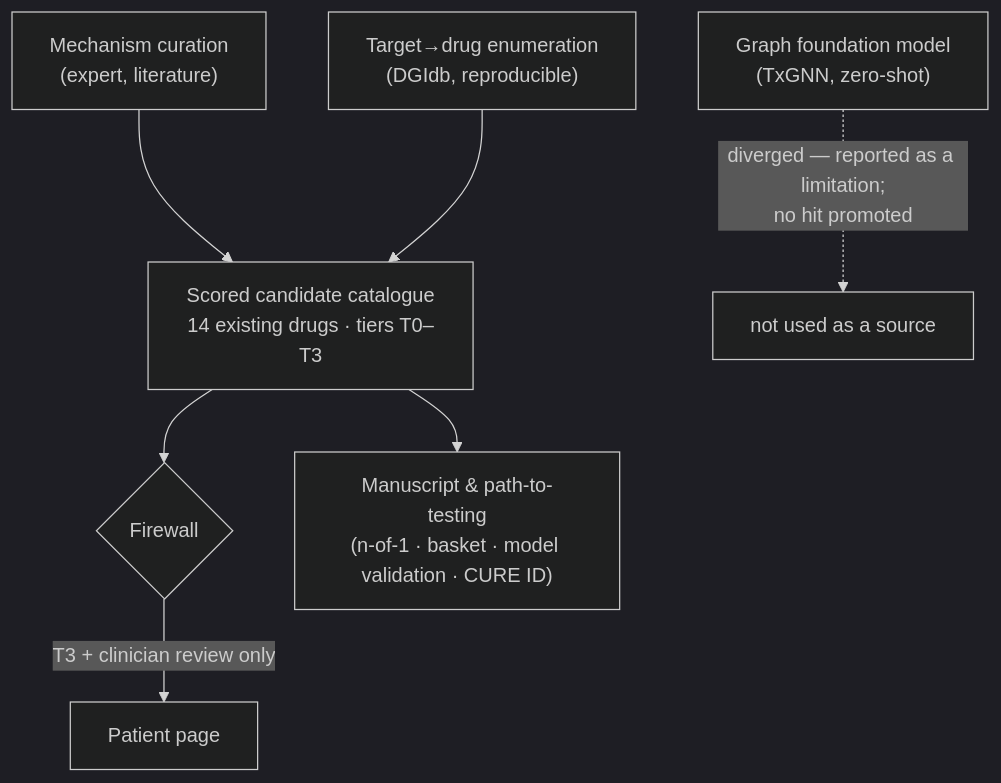
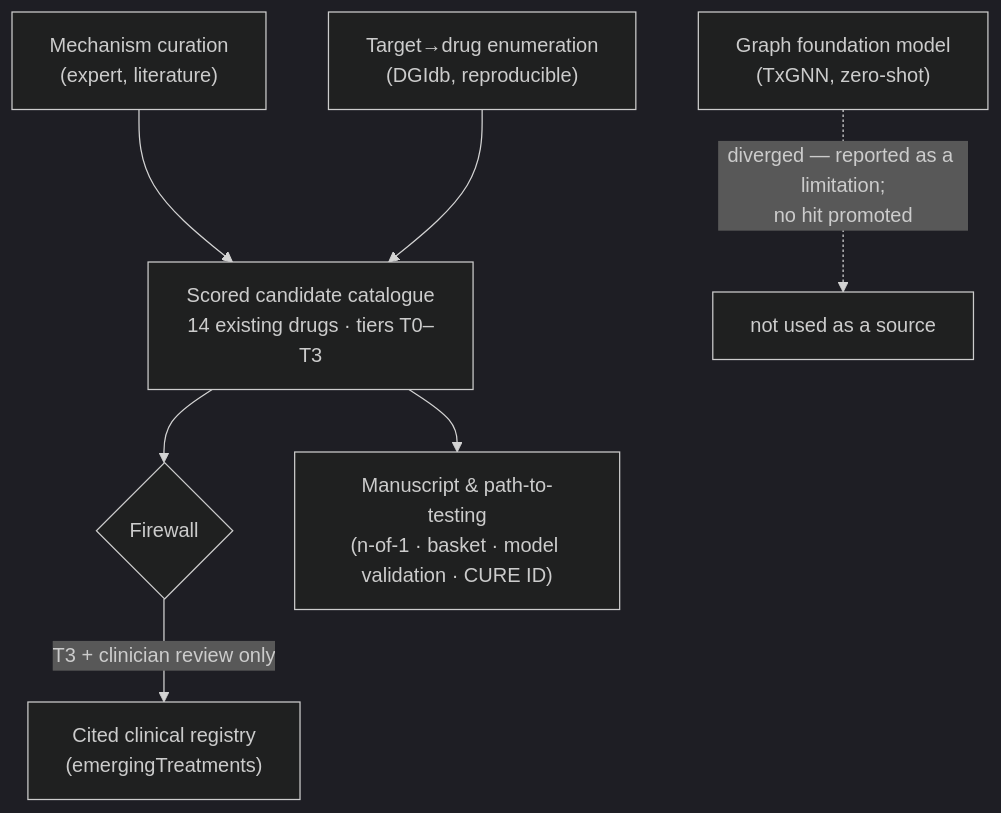
One commit to trimcrae/Rare-cancers changed the diagram in research/manuscripts/repurposing-hypotheses.md. Above: the diagram before and after it, drawn with Mermaid (dark theme). The commit also changed other lines of this file and 85 other files, not shown here.

````diff
--- a/research/manuscripts/repurposing-hypotheses.md
+++ b/research/manuscripts/repurposing-hypotheses.md
@@ -157,9 +157,9 @@
 ```mermaid
 flowchart TD
   A["Mechanism curation<br/>(expert, literature)"] --> D["Scored candidate catalogue<br/>14 existing drugs · tiers T0–T3"]
   B["Target→drug enumeration<br/>(DGIdb, reproducible)"] --> D
   C["Graph foundation model<br/>(TxGNN, zero-shot)"] -. "diverged — reported as a limitation;<br/>no hit promoted" .-> N["not used as a source"]
   D --> F{"Firewall"}
-  F -- "T3 + clinician review only" --> P["Patient page"]
+  F -- "T3 + clinician review only" --> P["Cited clinical registry<br/>(emergingTreatments)"]
   D --> M["Manuscript & path-to-testing<br/>(n-of-1 · basket · model validation · CURE ID)"]
 ```
````
